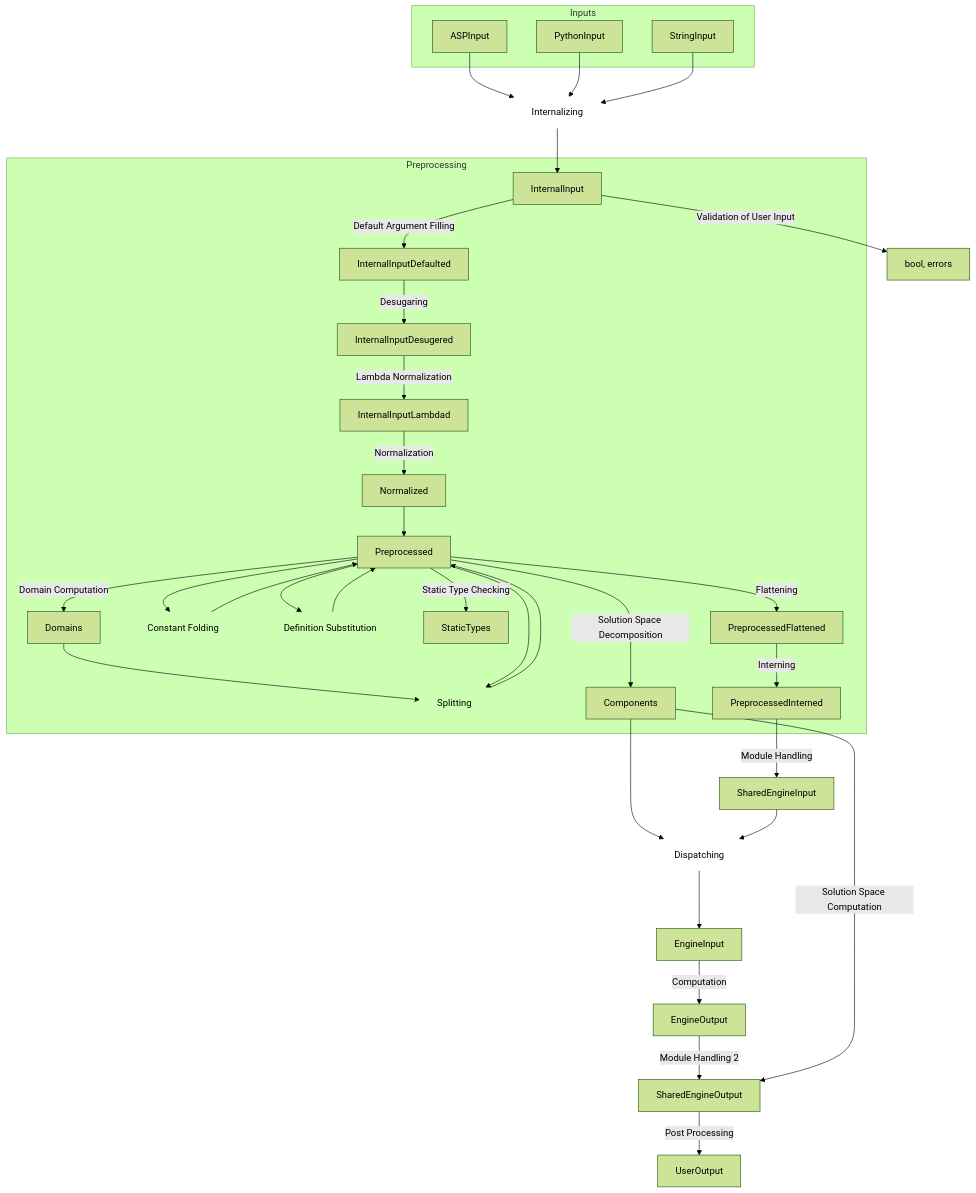
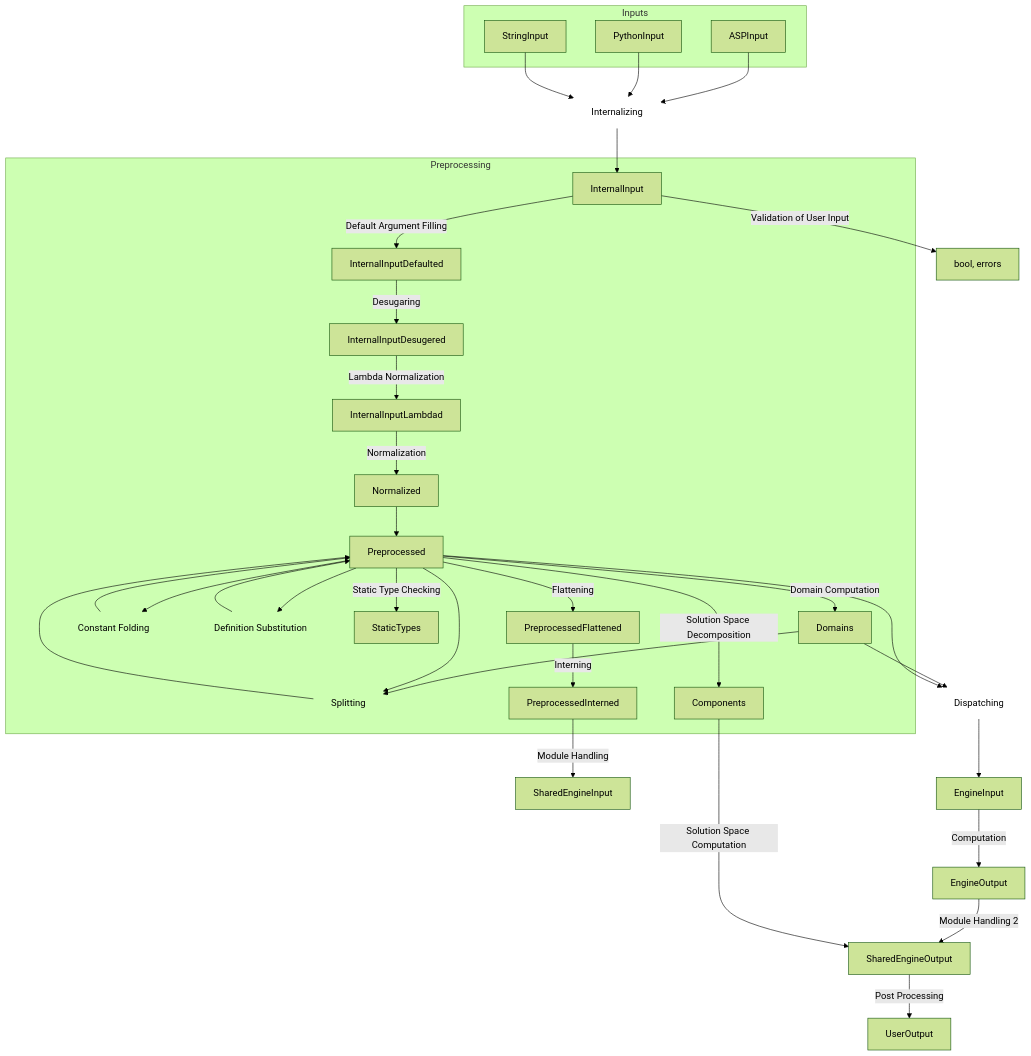
Before and after one commit to potassco/constraint-handler: the diagram in scratch/constraint-handler2/stages.md, drawn with Mermaid (forest theme). The commit also changed 44 other files, not shown here.

````diff
--- a/scratch/constraint-handler2/stages.md
+++ b/scratch/constraint-handler2/stages.md
@@ -1,72 +1,72 @@
 ```mermaid
 flowchart TD
 	subgraph Inputs
 		ASPInput
 		PythonInput
 		StringInput
 	end
 
 	UserInputResult["bool, errors"]
 	SharedEngineInput
 	EngineInput
 	EngineOutput
 	SharedEngineOutput
 	UserOutput
 
 	subgraph Preprocessing
 		InternalInput
 		InternalInputDefaulted
 		InternalInputDesugered
 		InternalInputLambdad
 		Normalized
 		Preprocessed
 		Domains
 		Splitting
 		ConstantFolding["Constant Folding"]
 		DefinitionSubstitution["Definition Substitution"]
 		StaticTypes
 		Components
 		PreprocessedFlattened
 		PreprocessedInterned
 	end
 
 	ASPInput --> Internalizing
 	PythonInput --> Internalizing
 	StringInput --> Internalizing
 	Internalizing --> InternalInput
 	InternalInput -->|Validation of User Input| UserInputResult
 
 	InternalInput -->|Default Argument Filling| InternalInputDefaulted
 	InternalInputDefaulted -->|Desugaring| InternalInputDesugered
 	InternalInputDesugered -->|Lambda Normalization| InternalInputLambdad
 	InternalInputLambdad -->|Normalization| Normalized
 	Normalized --> Preprocessed
 
 	Preprocessed -->|Domain Computation| Domains
 	Preprocessed --> ConstantFolding
 	ConstantFolding --> Preprocessed
 	Domains --> Splitting
 	Preprocessed --> Splitting
 	Splitting --> Preprocessed
 	Preprocessed --> DefinitionSubstitution
 	DefinitionSubstitution --> Preprocessed
 	Preprocessed -->|Static Type Checking| StaticTypes
 	Preprocessed -->|Solution Space Decomposition| Components
 
 	Preprocessed -->|Flattening| PreprocessedFlattened
 	PreprocessedFlattened -->|Interning| PreprocessedInterned
 	PreprocessedInterned -->|Module Handling| SharedEngineInput
-	Components --> Dispatching
-	SharedEngineInput --> Dispatching
+	Domains --> Dispatching
+	Preprocessed --> Dispatching
 	Dispatching --> EngineInput
 	EngineInput -->|Computation| EngineOutput
 	EngineOutput -->|Module Handling 2| SharedEngineOutput
 	Components -->|Solution Space Computation| SharedEngineOutput
 	SharedEngineOutput -->|Post Processing| UserOutput
 
 	style Internalizing fill:none,stroke:none
 	style Splitting fill:none,stroke:none
 	style ConstantFolding fill:none,stroke:none
 	style DefinitionSubstitution fill:none,stroke:none
 	style Dispatching fill:none,stroke:none
 ```
````
